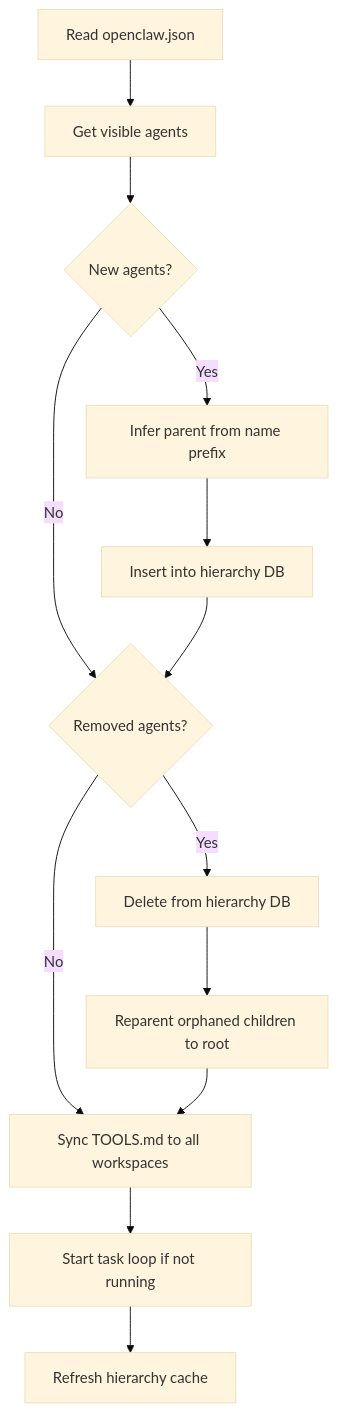
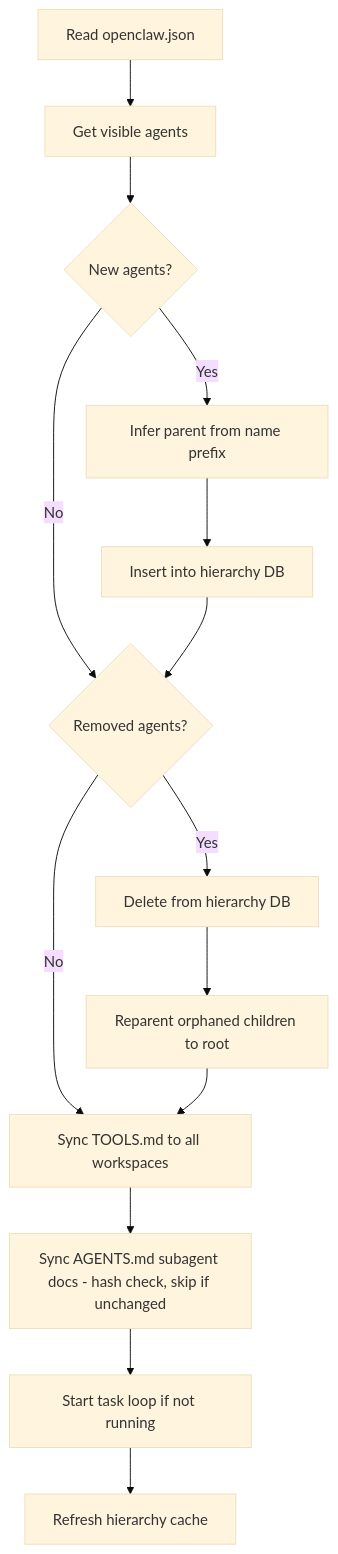
Before and after one commit to KRSogaard/openclaw-mission-control: the second of 7 diagrams in docs/sync-architecture.md, drawn with Mermaid (base theme). The commit also changed other lines of this file and 2 other files, not shown here.

First line of the commit message:
Add periodic subagent docs sync with change detection

````diff
--- a/docs/sync-architecture.md
+++ b/docs/sync-architecture.md
@@ -58,15 +58,16 @@
 ```mermaid
 flowchart TD
     A[Read openclaw.json] --> B[Get visible agents]
     B --> C{New agents?}
     C -->|Yes| D[Infer parent from name prefix]
     D --> E[Insert into hierarchy DB]
     C -->|No| F{Removed agents?}
     E --> F
     F -->|Yes| G[Delete from hierarchy DB]
     G --> H[Reparent orphaned children to root]
     F -->|No| I[Sync TOOLS.md to all workspaces]
     H --> I
-    I --> J[Start task loop if not running]
-    J --> K[Refresh hierarchy cache]
+    I --> J[Sync AGENTS.md subagent docs - hash check, skip if unchanged]
+    J --> K[Start task loop if not running]
+    K --> L[Refresh hierarchy cache]
 ```
````
